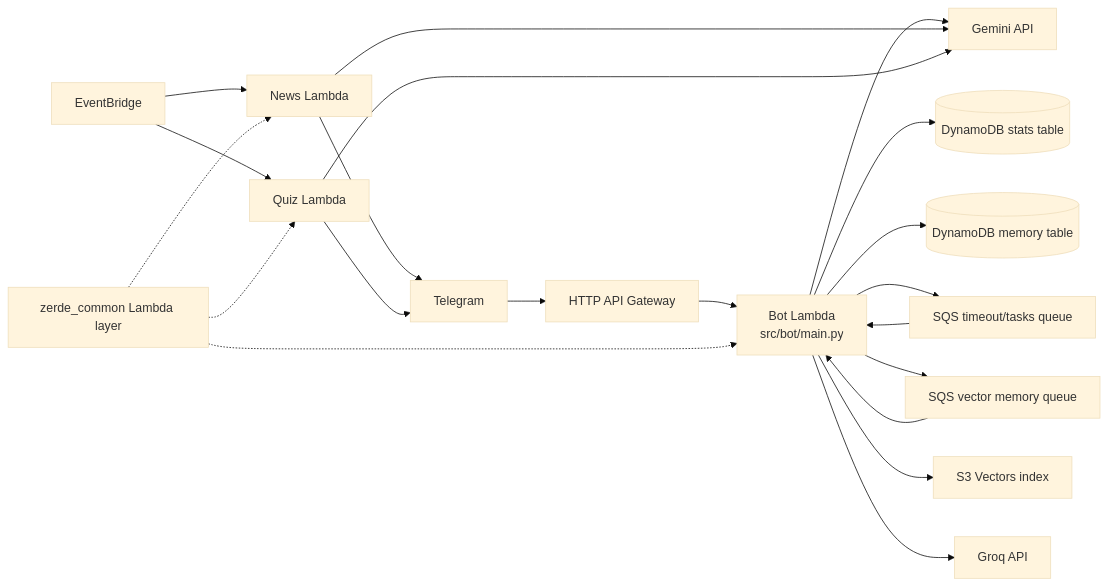
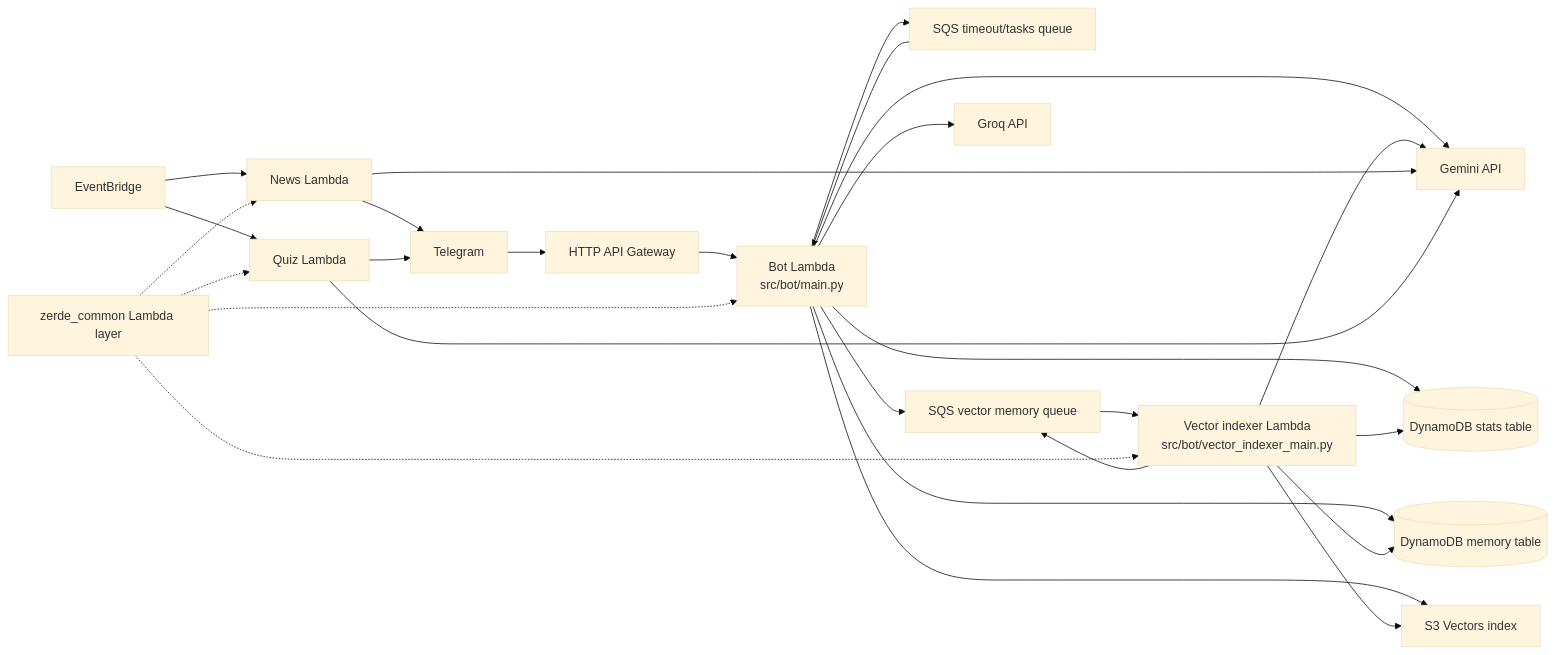
Before and after one commit to Bayashat/zerde-serverless-bot: the diagram in docs/ARCHITECTURE.md, drawn with Mermaid (base theme). The commit also changed other lines of this file and 11 other files, not shown here.

Commit message:
feat: split vector indexer lambda (#109)

````diff
--- a/docs/ARCHITECTURE.md
+++ b/docs/ARCHITECTURE.md
@@ -20,26 +20,32 @@
 ```mermaid
 flowchart LR
   TG["Telegram"] --> APIGW["HTTP API Gateway"]
   APIGW --> BOT["Bot Lambda<br/>src/bot/main.py"]
   MAINQ["SQS timeout/tasks queue"] --> BOT
-  VQ["SQS vector memory queue"] --> BOT
+  VQ["SQS vector memory queue"] --> VIDX["Vector indexer Lambda<br/>src/bot/vector_indexer_main.py"]
 
   BOT --> STATS[("DynamoDB stats table")]
   BOT --> MEMORY[("DynamoDB memory table")]
   BOT --> MAINQ
   BOT --> VQ
   BOT --> S3V["S3 Vectors index"]
   BOT --> GEMINI["Gemini API"]
   BOT --> GROQ["Groq API"]
+  VIDX --> VQ
+  VIDX --> STATS
+  VIDX --> MEMORY
+  VIDX --> S3V
+  VIDX --> GEMINI
 
   EB["EventBridge"] --> NEWS["News Lambda"]
   EB --> QUIZ["Quiz Lambda"]
   NEWS --> GEMINI
   QUIZ --> GEMINI
   NEWS --> TG
   QUIZ --> TG
 
   LAYER["zerde_common Lambda layer"] -.-> BOT
+  LAYER -.-> VIDX
   LAYER -.-> NEWS
   LAYER -.-> QUIZ
 ```
````
